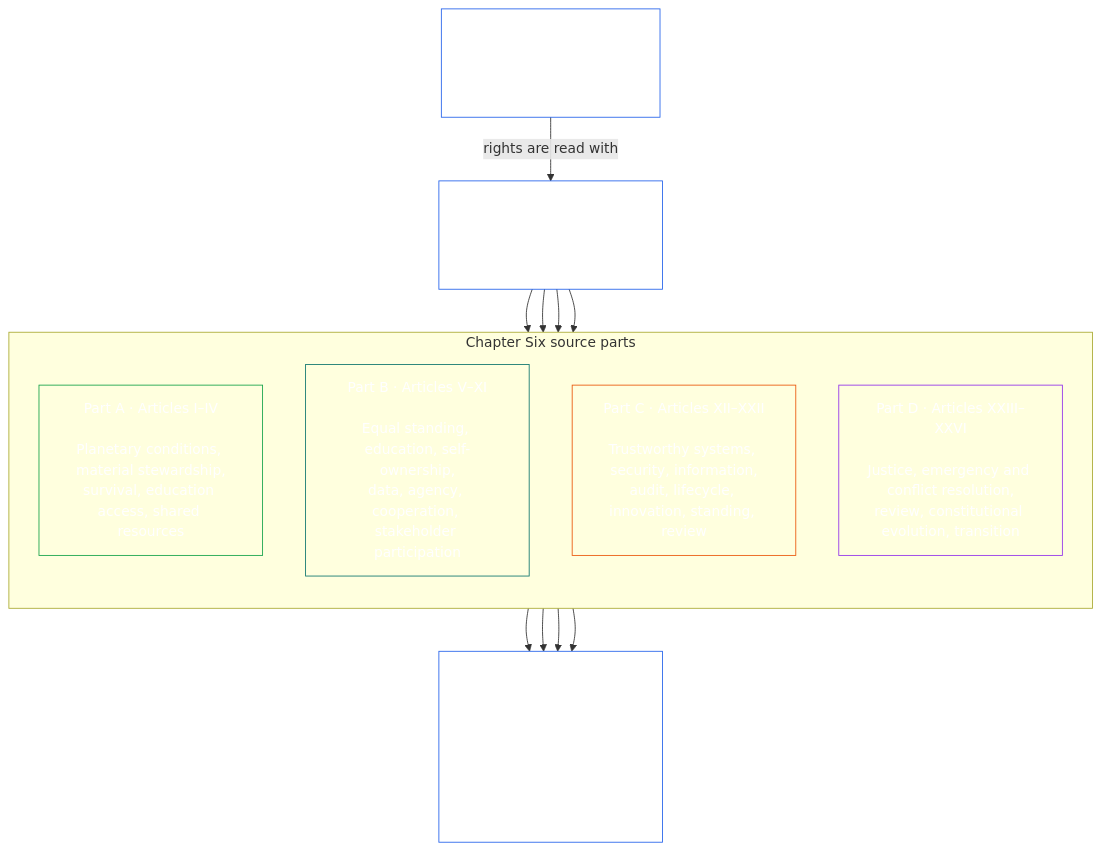
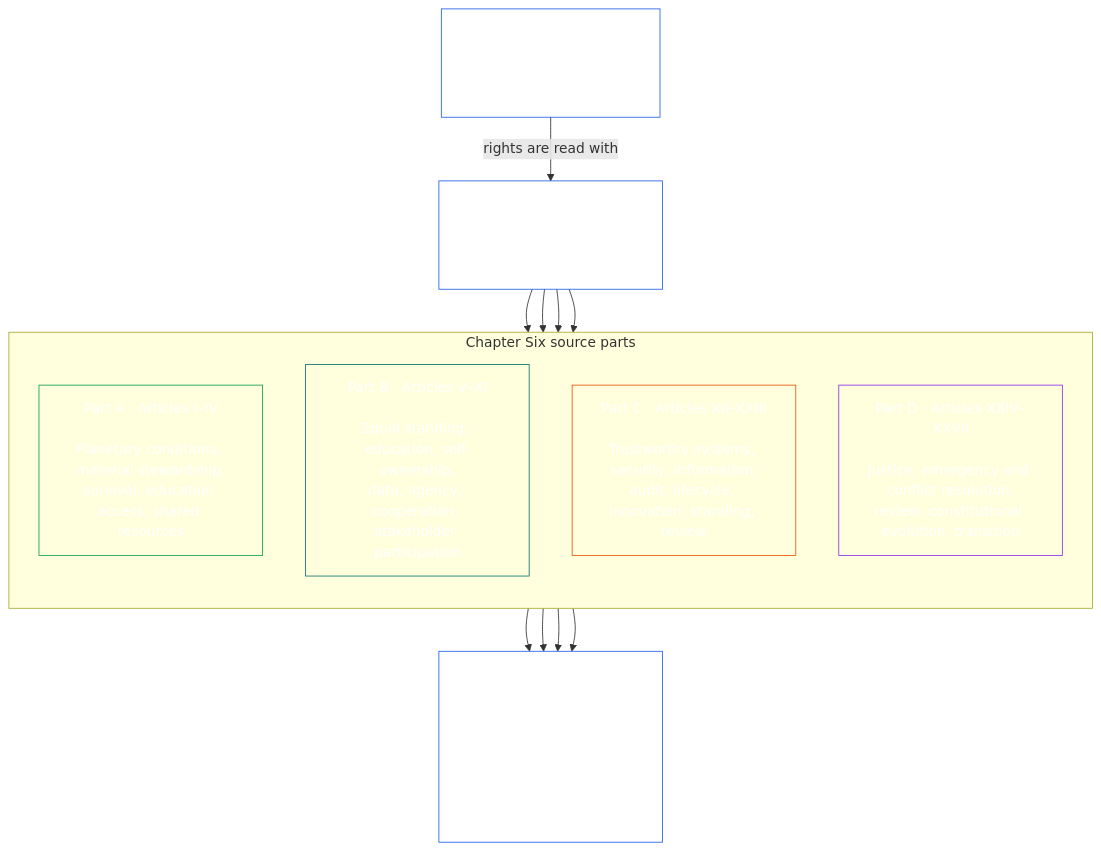
The third of 20 diagrams in CONCEPTUAL_OVERVIEW.md (kfoelsch/Sentient_Constitution), drawn with Mermaid before and after one commit. The commit also changed other lines of this file and 108 other files, not shown here.

````diff
--- a/CONCEPTUAL_OVERVIEW.md
+++ b/CONCEPTUAL_OVERVIEW.md
@@ -152,29 +152,29 @@
 ```mermaid
 flowchart TB
     T["Constitutional Tetrad<br/><br/>Two Constitutional Aims<br/>Scaled to material stake"]
     R["Chapter Six<br/><br/>Foundational Rights Floor"]
     subgraph Parts["Chapter Six source parts"]
         direction TB
         A["Part A · Articles I–IV<br/><br/>Planetary conditions, material stewardship,<br/>survival, education access, shared resources"]
         B["Part B · Articles V–XI<br/><br/>Equal standing, education, self-ownership,<br/>data, agency, cooperation, stakeholder participation"]
-        C["Part C · Articles XII–XXII<br/><br/>Trustworthy systems, security, information,<br/>audit, lifecycle, innovation, standing, review"]
-        D["Part D · Articles XXIII–XXVI<br/><br/>Justice, emergency and conflict resolution,<br/>review, constitutional evolution, transition"]
+        C["Part C · Articles XII–XXIII<br/><br/>Trustworthy systems, security, information,<br/>audit, lifecycle, innovation, standing, review"]
+        D["Part D · Articles XXIV–XXVII<br/><br/>Justice, emergency and conflict resolution,<br/>review, constitutional evolution, transition"]
     end
     P["Later governance, measurement, certification,<br/><br/>forums, remedy, and implementation<br/>must respect the Rights Floor"]
     T -->|rights are read with| R
     R --> A
     R --> B
     R --> C
     R --> D
     A --> P
     B --> P
     C --> P
     D --> P
     style T fill:none,stroke:#2563eb,color:#ffffff
     style R fill:none,stroke:#2563eb,color:#ffffff
     style A fill:none,stroke:#16a34a,color:#ffffff
     style B fill:none,stroke:#0f766e,color:#ffffff
     style C fill:none,stroke:#ea580c,color:#ffffff
     style D fill:none,stroke:#9333ea,color:#ffffff
     style P fill:none,stroke:#2563eb,color:#ffffff
 ```
````
